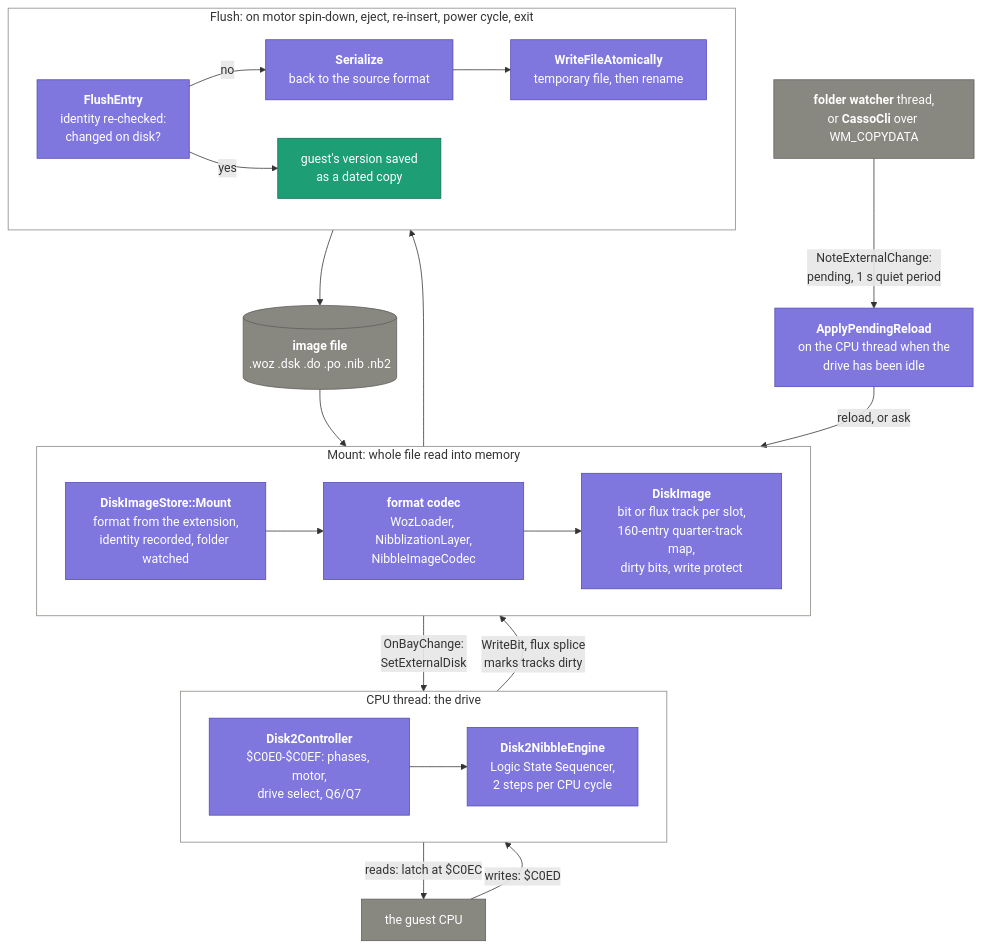
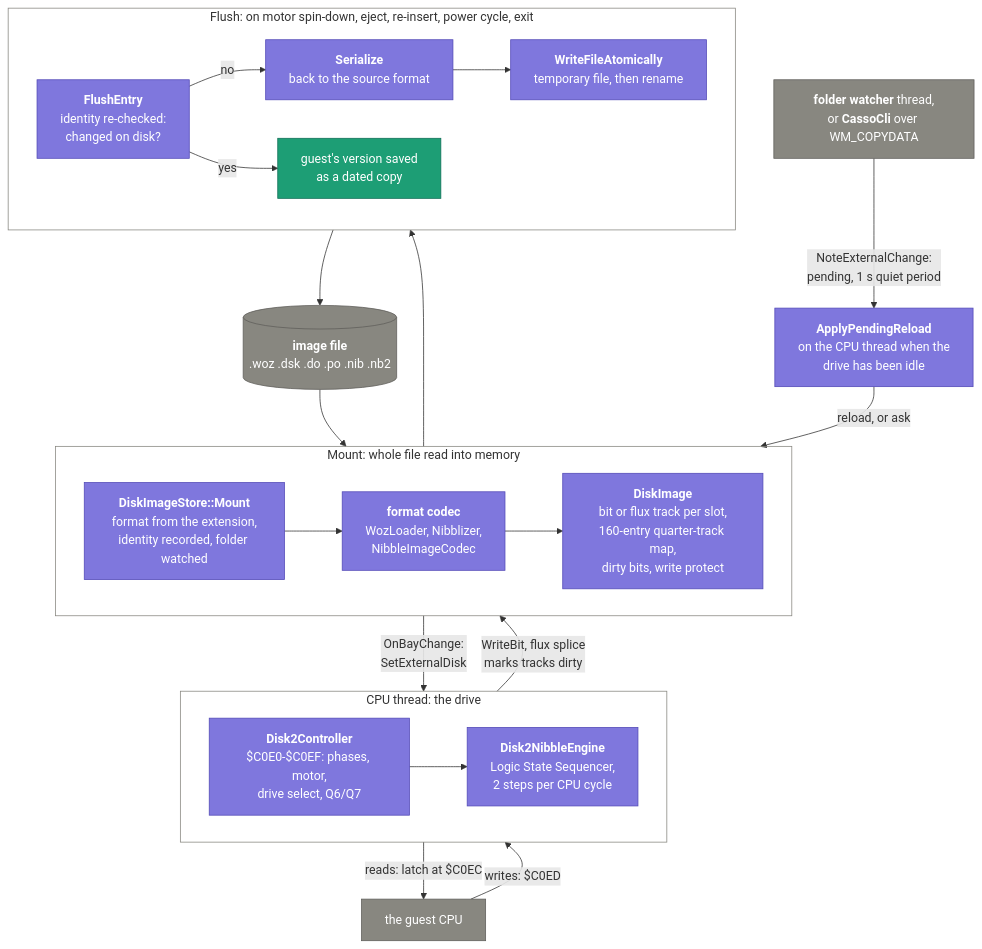
The seventh of 7 diagrams in ARCHITECTURE.md (relmer/Casso), drawn with Mermaid before and after one commit. The commit also changed other lines of this file and 64 other files, not shown here.

First line of the commit message:
refactor(disk): Move the sector image encode into Nibblizer

````diff
--- a/ARCHITECTURE.md
+++ b/ARCHITECTURE.md
@@ -554,43 +554,43 @@
 ```mermaid
 flowchart TB
     File[("<b>image file</b><br/>.woz .dsk .do .po .nib .nb2")]
 
     subgraph load ["Mount: whole file read into memory"]
         direction LR
-        Mount["<b>DiskImageStore::Mount</b><br/>format from the extension,<br/>identity recorded, folder watched"] --> Codec["<b>format codec</b><br/>WozLoader, NibblizationLayer,<br/>NibbleImageCodec"]
+        Mount["<b>DiskImageStore::Mount</b><br/>format from the extension,<br/>identity recorded, folder watched"] --> Codec["<b>format codec</b><br/>WozLoader, Nibblizer,<br/>NibbleImageCodec"]
         Codec --> Img["<b>DiskImage</b><br/>bit or flux track per slot,<br/>160-entry quarter-track map,<br/>dirty bits, write protect"]
     end
 
     subgraph drive ["CPU thread: the drive"]
         direction LR
         Ctl["<b>Disk2Controller</b><br/>$C0E0-$C0EF: phases, motor,<br/>drive select, Q6/Q7"] --> Eng["<b>Disk2NibbleEngine</b><br/>Logic State Sequencer,<br/>2 steps per CPU cycle"]
     end
 
     subgraph save ["Flush: on motor spin-down, eject, re-insert, power cycle, exit"]
         direction LR
         Flush["<b>FlushEntry</b><br/>identity re-checked:<br/>changed on disk?"] -- no --> Ser["<b>Serialize</b><br/>back to the source format"]
         Flush -- yes --> Keep["guest's version saved<br/>as a dated copy"]
         Ser --> Commit["<b>WriteFileAtomically</b><br/>temporary file, then rename"]
     end
 
     File --> Mount
     Img -- "OnBayChange:<br/>SetExternalDisk" --> Ctl
     Eng -- "reads: latch at $C0EC" --> Cpu["the guest CPU"]
     Cpu -- "writes: $C0ED" --> Eng
     Eng -- "WriteBit, flux splice<br/>marks tracks dirty" --> Img
     Img --> Flush
     Commit --> File
 
     Watch["<b>folder watcher</b> thread,<br/>or <b>CassoCli</b> over WM_COPYDATA"] -- "NoteExternalChange:<br/>pending, 1 s quiet period" --> Apply["<b>ApplyPendingReload</b><br/>on the CPU thread when the<br/>drive has been idle"]
     Apply -- "reload, or ask" --> Mount
 
     classDef fast fill:#1D9E75,stroke:#0F6E56,color:#FFFFFF
     classDef slow fill:#7F77DD,stroke:#534AB7,color:#FFFFFF
     classDef plain fill:#888780,stroke:#5F5E5A,color:#FFFFFF
     class Mount,Codec,Img,Ctl,Eng,Flush,Ser,Commit,Apply slow
     class Keep fast
     class File,Cpu,Watch plain
     style load fill:none,stroke:#888780
     style drive fill:none,stroke:#888780
     style save fill:none,stroke:#888780
 ```
````
